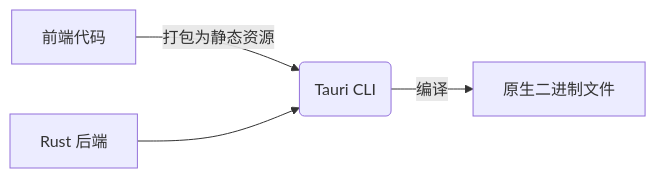
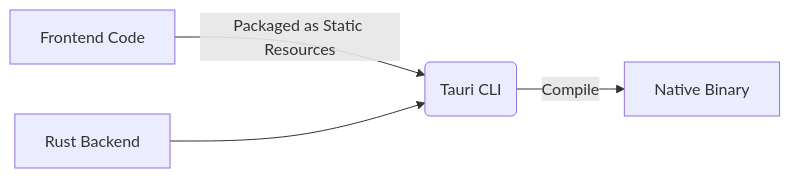
The diagram in files/tauri-intro.md (liweinan/deepseek-answers), drawn with Mermaid before and after one commit. The commit also changed other lines of this file and 135 other files, not shown here.

````diff
--- a/files/tauri-intro.md
+++ b/files/tauri-intro.md
@@ -23,6 +24,6 @@
 ```mermaid
 graph LR
-  A[前端代码] -->|打包为静态资源| B(Tauri CLI)
-  C[Rust 后端] --> B
-  B -->|编译| D[原生二进制文件]
+  A[Frontend Code] -->|Packaged as Static Resources| B(Tauri CLI)
+  C[Rust Backend] --> B
+  B -->|Compile| D[Native Binary]
 ```
````
